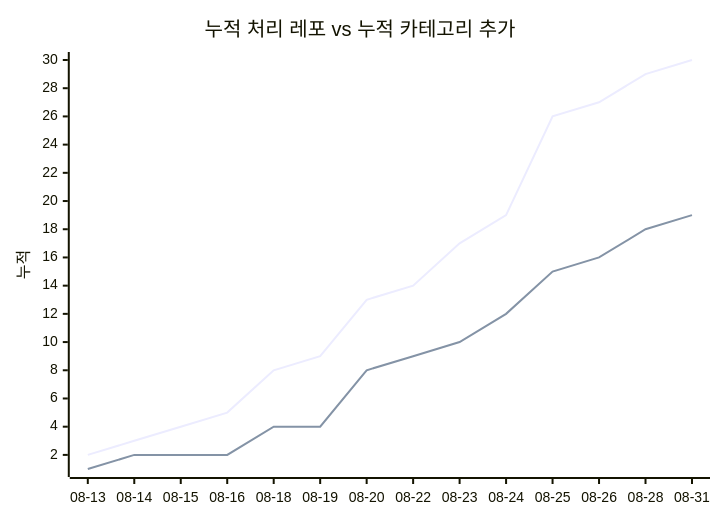
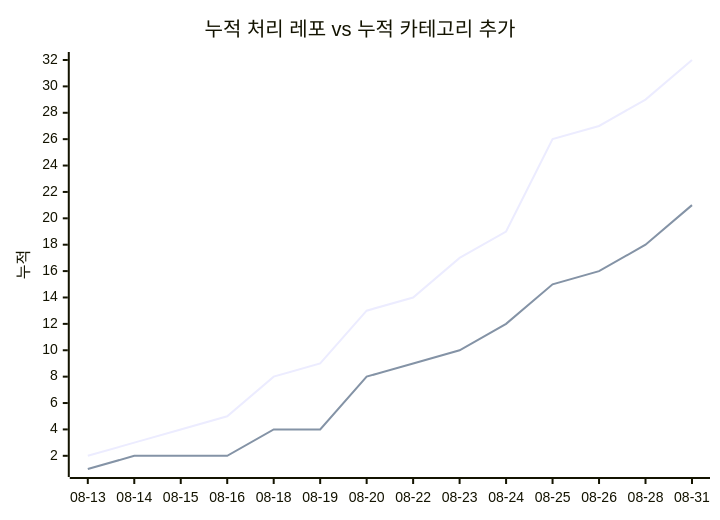
Before and after one commit to J-nowcow/awesome-korean-agent-skills: the second of 2 diagrams in docs/trends.md, drawn with Mermaid. The commit also changed other lines of this file and 5 other files, not shown here.

````diff
--- a/docs/trends.md
+++ b/docs/trends.md
@@ -68,8 +68,8 @@
 ```mermaid
 xychart-beta
     title "누적 처리 레포 vs 누적 카테고리 추가"
     x-axis ["08-13","08-14","08-15","08-16","08-18","08-19","08-20","08-22","08-23","08-24","08-25","08-26","08-28","08-31"]
     y-axis "누적"
-    line [2,3,4,5,8,9,13,14,17,19,26,27,29,30]
-    line [1,2,2,2,4,4,8,9,10,12,15,16,18,19]
+    line [2,3,4,5,8,9,13,14,17,19,26,27,29,32]
+    line [1,2,2,2,4,4,8,9,10,12,15,16,18,21]
 ```
````
